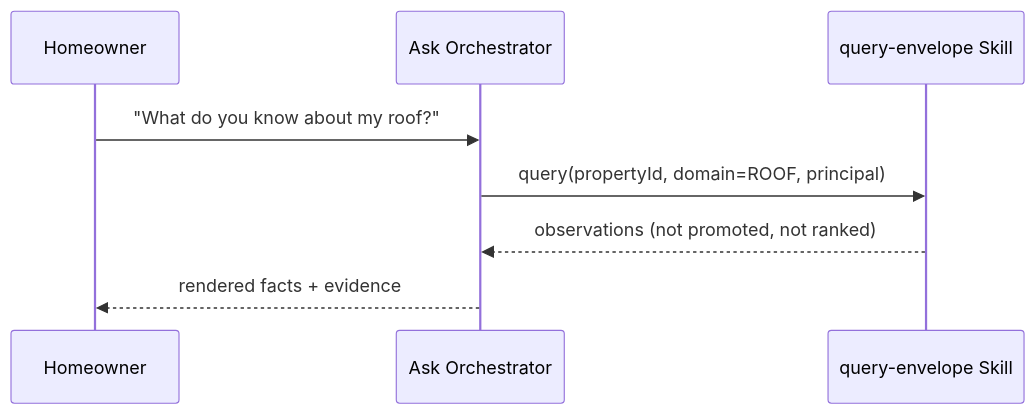
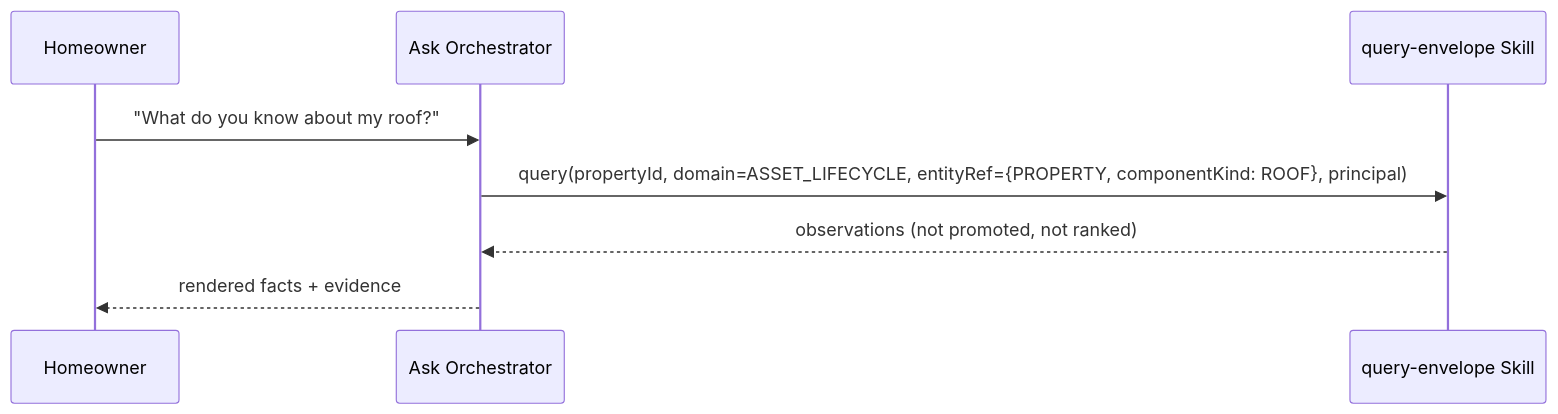
One commit to madhuboyin/contract-to-cozy1 changed the ninth of 9 diagrams in docs/architecture/C2C_INTELLIGENCE_AGENTIC_EVOLUTION_ARCHITECTURE.md. Above: the diagram before and after it, drawn with Mermaid. The commit also changed other lines of this file, not shown here.

Commit message:
docs: resolve agentic architecture decisions

````diff
--- a/docs/architecture/C2C_INTELLIGENCE_AGENTIC_EVOLUTION_ARCHITECTURE.md
+++ b/docs/architecture/C2C_INTELLIGENCE_AGENTIC_EVOLUTION_ARCHITECTURE.md
@@ -1128,11 +1322,11 @@
 ```mermaid
 sequenceDiagram
   participant U as Homeowner
   participant Ask as Ask Orchestrator
   participant Env as query-envelope Skill
 
   U->>Ask: "What do you know about my roof?"
-  Ask->>Env: query(propertyId, domain=ROOF, principal)
+  Ask->>Env: query(propertyId, domain=ASSET_LIFECYCLE, entityRef={PROPERTY, componentKind: ROOF}, principal)
   Env-->>Ask: observations (not promoted, not ranked)
   Ask-->>U: rendered facts + evidence
 ```
````
